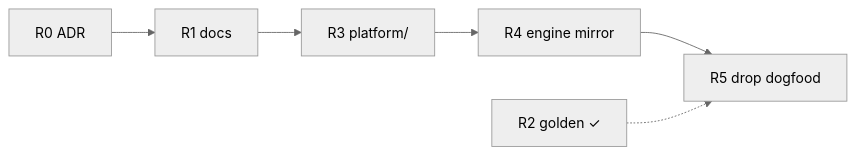
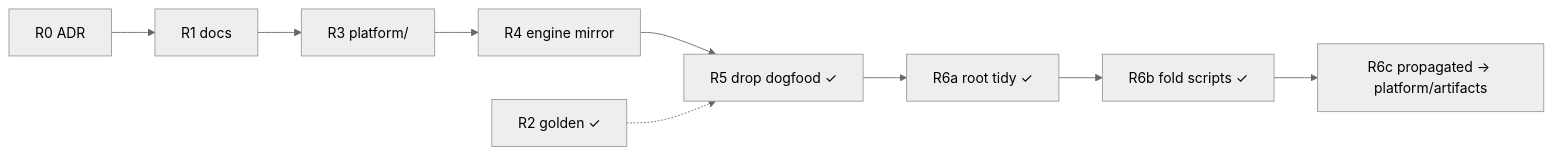
The second of 2 diagrams in docs/engineering/hq-restructure-plan.md (sibling-shipyard/coach-hq), drawn with Mermaid (neutral theme) before and after one commit. The commit also changed other lines of this file and 85 other files, not shown here.

First line of the commit message:
core: R4 engine mirror + R5 drop HQ dogfood bands (#127)

````diff
--- a/docs/engineering/hq-restructure-plan.md
+++ b/docs/engineering/hq-restructure-plan.md
@@ -43,8 +43,11 @@
 ```mermaid
 flowchart LR
   R0["R0 ADR"] --> R1["R1 docs"]
   R1 --> R3["R3 platform/"]
   R3 --> R4["R4 engine mirror"]
-  R4 --> R5["R5 drop dogfood"]
+  R4 --> R5["R5 drop dogfood ✓"]
+  R5 --> R6a["R6a root tidy ✓"]
+  R6a --> R6b["R6b fold scripts ✓"]
+  R6b --> R6c["R6c propagated → platform/artifacts"]
   R2["R2 golden ✓"] -.-> R5
 ```
````
